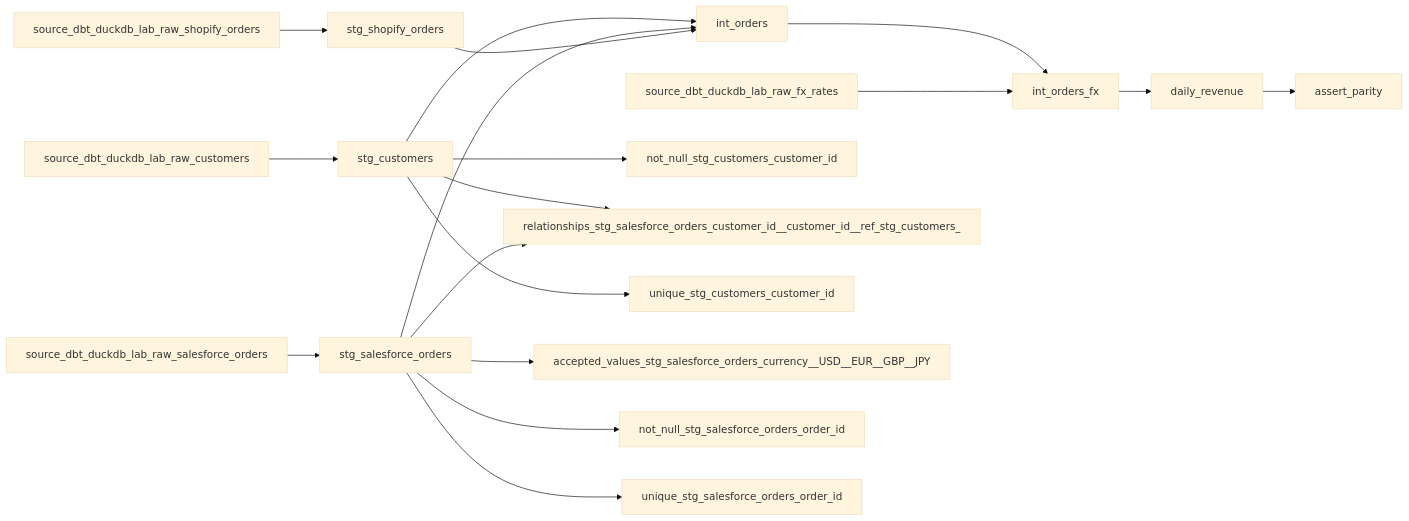
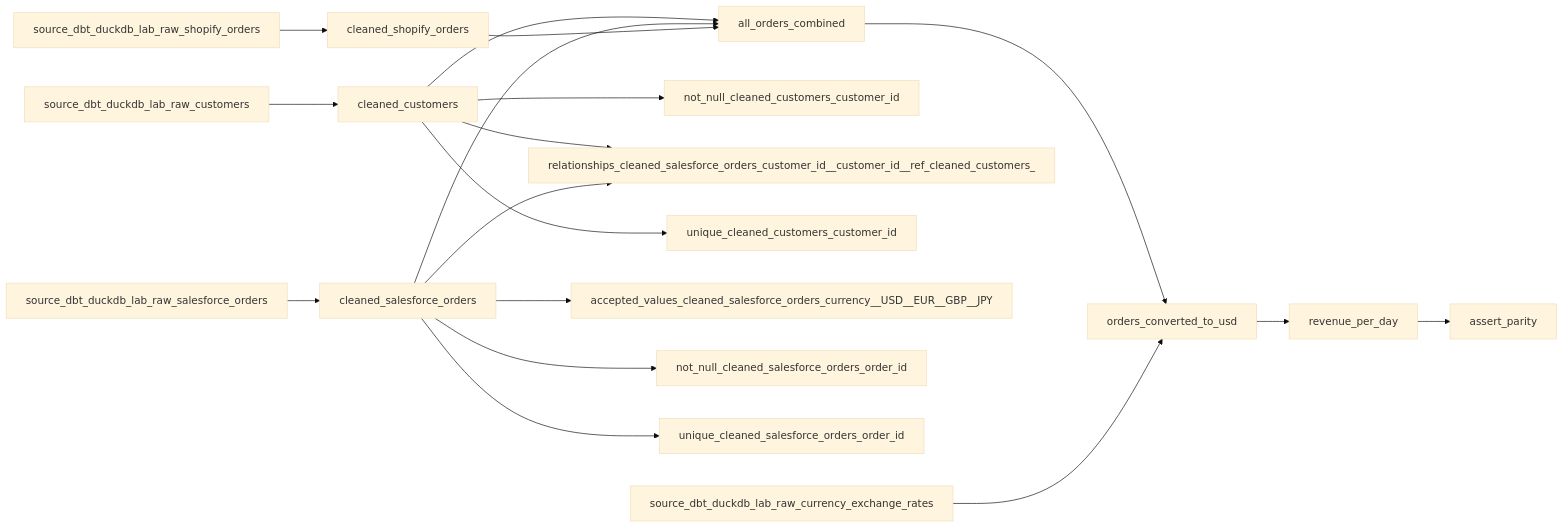
Before and after one commit to bharathts07/dbt-duckdb-lab: the diagram in DAG.md, drawn with Mermaid (base theme). The commit also changed 63 other files, not shown here.

First line of the commit message:
Rename all models, schemas, and directories to use self-explanatory names for learning

````diff
--- a/DAG.md
+++ b/DAG.md
@@ -3,20 +3,20 @@
 ```mermaid
 graph LR
-  daily_revenue --> assert_parity
-  int_orders --> int_orders_fx
-  int_orders_fx --> daily_revenue
-  source_dbt_duckdb_lab_raw_customers --> stg_customers
-  source_dbt_duckdb_lab_raw_fx_rates --> int_orders_fx
-  source_dbt_duckdb_lab_raw_salesforce_orders --> stg_salesforce_orders
-  source_dbt_duckdb_lab_raw_shopify_orders --> stg_shopify_orders
-  stg_customers --> int_orders
-  stg_customers --> not_null_stg_customers_customer_id
-  stg_customers --> relationships_stg_salesforce_orders_customer_id__customer_id__ref_stg_customers_
-  stg_customers --> unique_stg_customers_customer_id
-  stg_salesforce_orders --> accepted_values_stg_salesforce_orders_currency__USD__EUR__GBP__JPY
-  stg_salesforce_orders --> int_orders
-  stg_salesforce_orders --> not_null_stg_salesforce_orders_order_id
-  stg_salesforce_orders --> relationships_stg_salesforce_orders_customer_id__customer_id__ref_stg_customers_
-  stg_salesforce_orders --> unique_stg_salesforce_orders_order_id
-  stg_shopify_orders --> int_orders
+  all_orders_combined --> orders_converted_to_usd
+  cleaned_customers --> all_orders_combined
+  cleaned_customers --> not_null_cleaned_customers_customer_id
+  cleaned_customers --> relationships_cleaned_salesforce_orders_customer_id__customer_id__ref_cleaned_customers_
+  cleaned_customers --> unique_cleaned_customers_customer_id
+  cleaned_salesforce_orders --> accepted_values_cleaned_salesforce_orders_currency__USD__EUR__GBP__JPY
+  cleaned_salesforce_orders --> all_orders_combined
+  cleaned_salesforce_orders --> not_null_cleaned_salesforce_orders_order_id
+  cleaned_salesforce_orders --> relationships_cleaned_salesforce_orders_customer_id__customer_id__ref_cleaned_customers_
+  cleaned_salesforce_orders --> unique_cleaned_salesforce_orders_order_id
+  cleaned_shopify_orders --> all_orders_combined
+  orders_converted_to_usd --> revenue_per_day
+  revenue_per_day --> assert_parity
+  source_dbt_duckdb_lab_raw_currency_exchange_rates --> orders_converted_to_usd
+  source_dbt_duckdb_lab_raw_customers --> cleaned_customers
+  source_dbt_duckdb_lab_raw_salesforce_orders --> cleaned_salesforce_orders
+  source_dbt_duckdb_lab_raw_shopify_orders --> cleaned_shopify_orders
 ```
````
